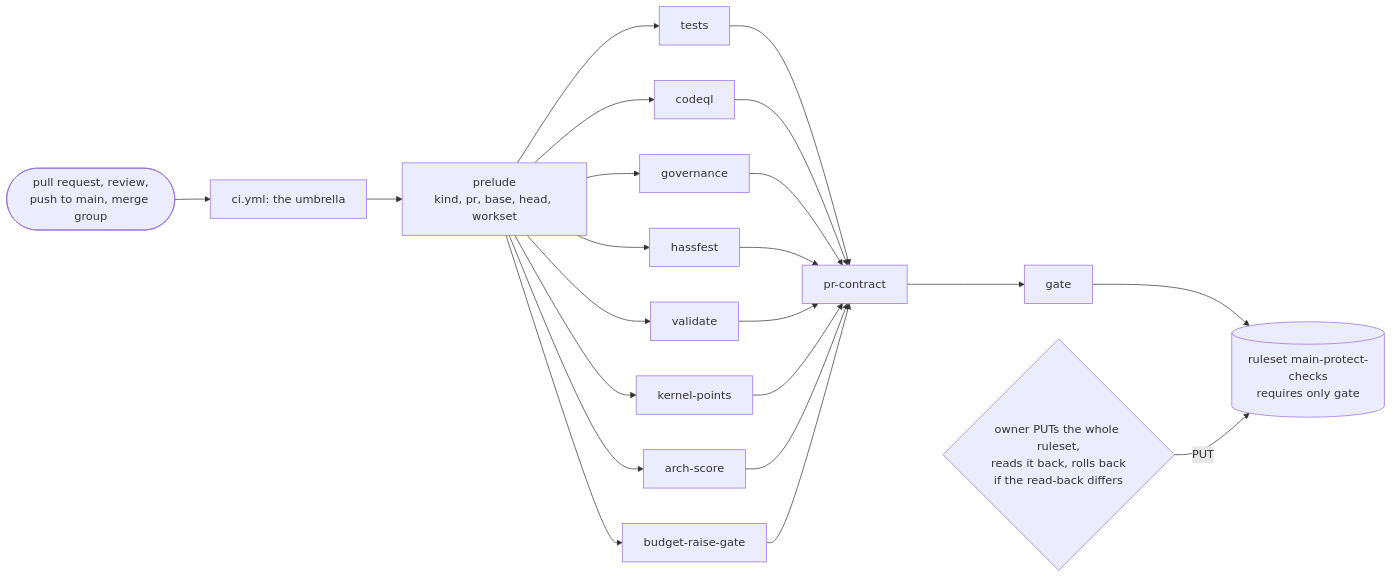
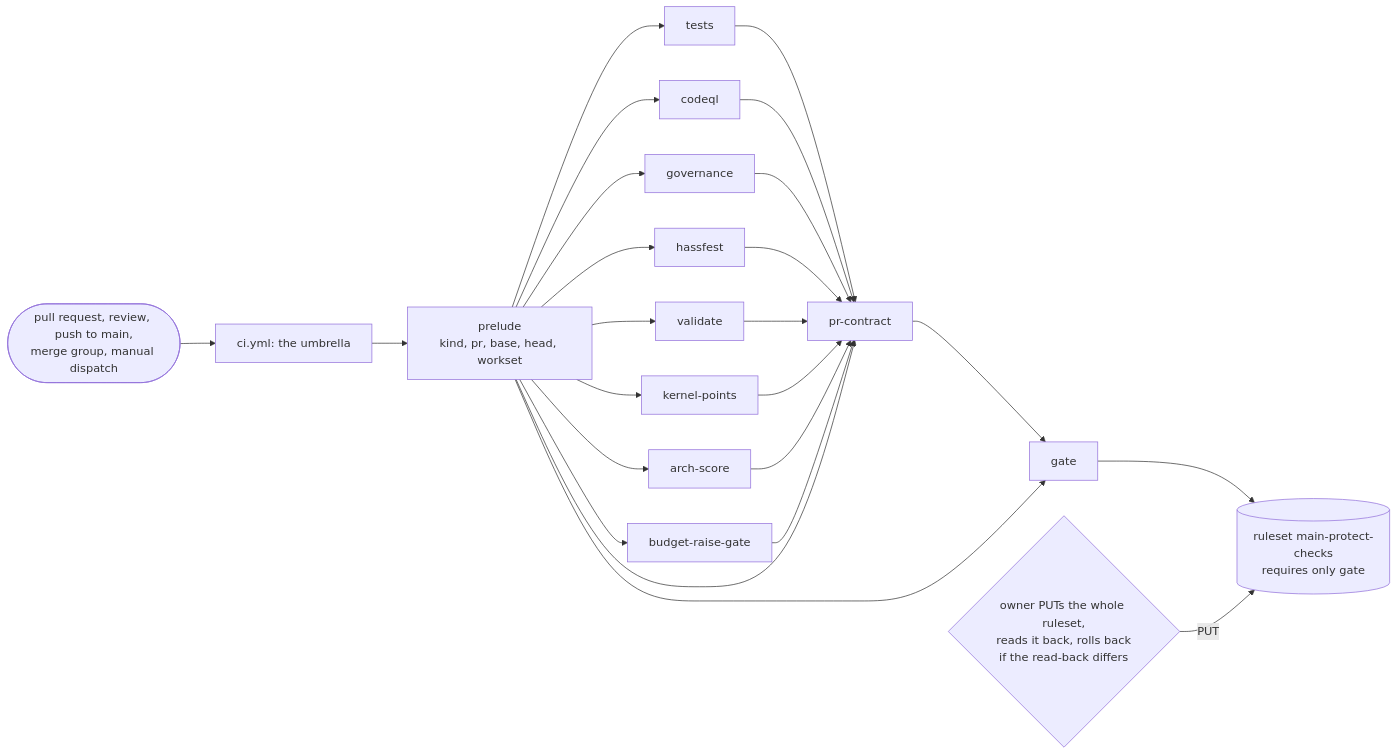
The first of 4 diagrams in dev/README.md (tvofi/heatpump_optimizer), drawn with Mermaid before and after one commit. The commit also changed other lines of this file and 3 other files, not shown here.

First line of the commit message:
docs: redraw the machinery figure from who starts each script, and correct the claims the tree contradicts (R10-ARCH-DOCS, #2395)

````diff
--- a/dev/README.md
+++ b/dev/README.md
@@ -163,17 +163,19 @@
 ```mermaid
 flowchart LR
-    ev(["pull request, review,<br/>push to main, merge group"]) --> ci["ci.yml: the umbrella"]
+    ev(["pull request, review, push to main,<br/>merge group, manual dispatch"]) --> ci["ci.yml: the umbrella"]
     ci --> pre["prelude<br/>kind, pr, base, head, workset"]
     pre --> tests["tests"]
     pre --> codeql["codeql"]
     pre --> gov["governance"]
     pre --> hass["hassfest"]
     pre --> val["validate"]
     pre --> kp["kernel-points"]
     pre --> arch["arch-score"]
     pre --> brg["budget-raise-gate"]
     tests & codeql & gov & hass & val & kp & arch & brg --> prc["pr-contract"]
+    pre --> prc
     prc --> gate["gate"]
+    pre --> gate
     gate --> rs[("ruleset main-protect-checks<br/>requires only gate")]
     cut{"owner PUTs the whole ruleset,<br/>reads it back, rolls back<br/>if the read-back differs"} -->|"PUT"| rs
 ```
````
